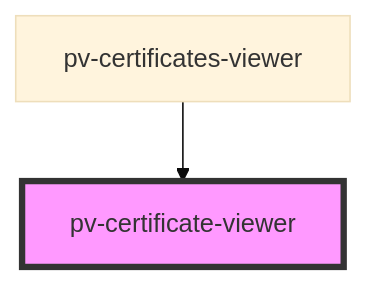
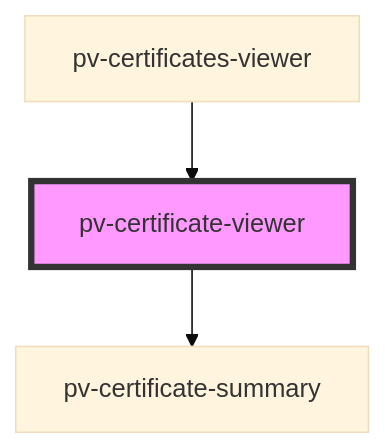
Before and after one commit to PeculiarVentures/pv-certificates-viewer: the diagram in src/components/certificate-viewer/readme.md, drawn with Mermaid (base theme). The commit also changed other lines of this file and 2 other files, not shown here.

````diff
--- a/src/components/certificate-viewer/readme.md
+++ b/src/components/certificate-viewer/readme.md
@@ -22,5 +26,6 @@
 ```mermaid
 graph TD;
+  pv-certificate-viewer --> pv-certificate-summary
   pv-certificates-viewer --> pv-certificate-viewer
   style pv-certificate-viewer fill:#f9f,stroke:#333,stroke-width:4px
 ```
````
